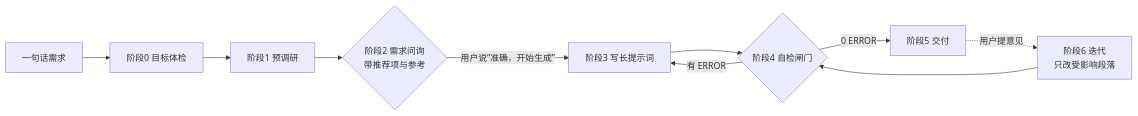
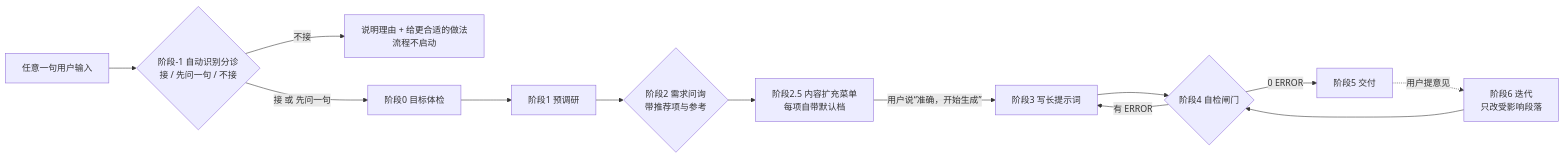
The diagram in AGENTS.md (hwy-miaomiao/prompt-forge), drawn with Mermaid before and after one commit. The commit also changed other lines of this file and 23 other files, not shown here.

````diff
--- a/AGENTS.md
+++ b/AGENTS.md
@@ -61,12 +63,15 @@
 ```mermaid
 flowchart LR
-    A[一句话需求] --> B[阶段0 目标体检]
+    A[任意一句用户输入] --> T{阶段-1 自动识别分诊<br/>接 / 先问一句 / 不接}
+    T -->|不接| X[说明理由 + 给更合适的做法<br/>流程不启动]
+    T -->|接 或 先问一句| B[阶段0 目标体检]
     B --> C[阶段1 预调研]
     C --> D{阶段2 需求问询<br/>带推荐项与参考}
-    D -->|用户说“准确，开始生成”| E[阶段3 写长提示词]
+    D --> M[阶段2.5 内容扩充菜单<br/>每项自带默认档]
+    M -->|用户说“准确，开始生成”| E[阶段3 写长提示词]
     E --> F{阶段4 自检闸门}
     F -->|有 ERROR| E
     F -->|0 ERROR| G[阶段5 交付]
     G -.->|用户提意见| H[阶段6 迭代<br/>只改受影响段落]
     H --> F
 ```
````
